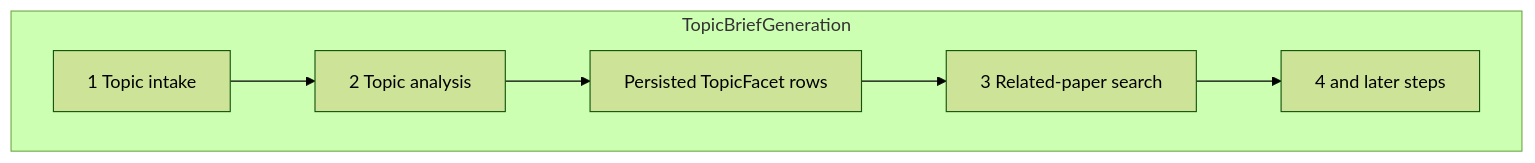
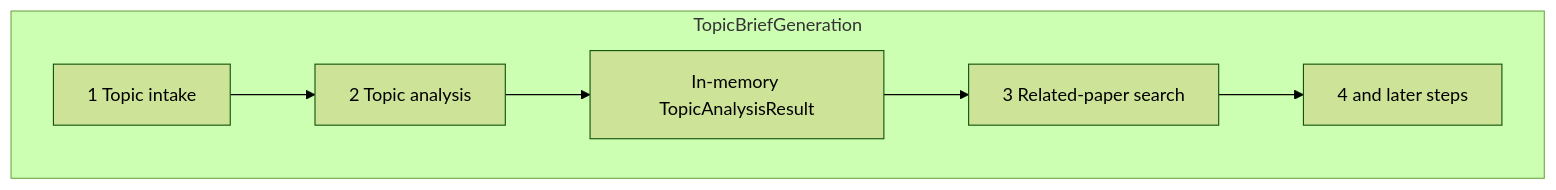
The diagram in docs/specs/topic-analysis.md (GustavoRusso/paper-reviewer), drawn with Mermaid (forest theme) before and after one commit. The commit also changed other lines of this file and 7 other files, not shown here.

Commit message:
start topic analysis by adding identification of core concepts from topic statement

````diff
--- a/docs/specs/topic-analysis.md
+++ b/docs/specs/topic-analysis.md
@@ -43,14 +48,14 @@
 ```mermaid
 flowchart TB
   subgraph tbg [TopicBriefGeneration]
     intake[1 Topic intake]
     analyze[2 Topic analysis]
-    facets[Persisted TopicFacet rows]
+    result[In-memory TopicAnalysisResult]
     search[3 Related-paper search]
     later[4 and later steps]
     intake --> analyze
-    analyze --> facets
-    facets --> search
+    analyze --> result
+    result --> search
     search --> later
   end
 ```
````
